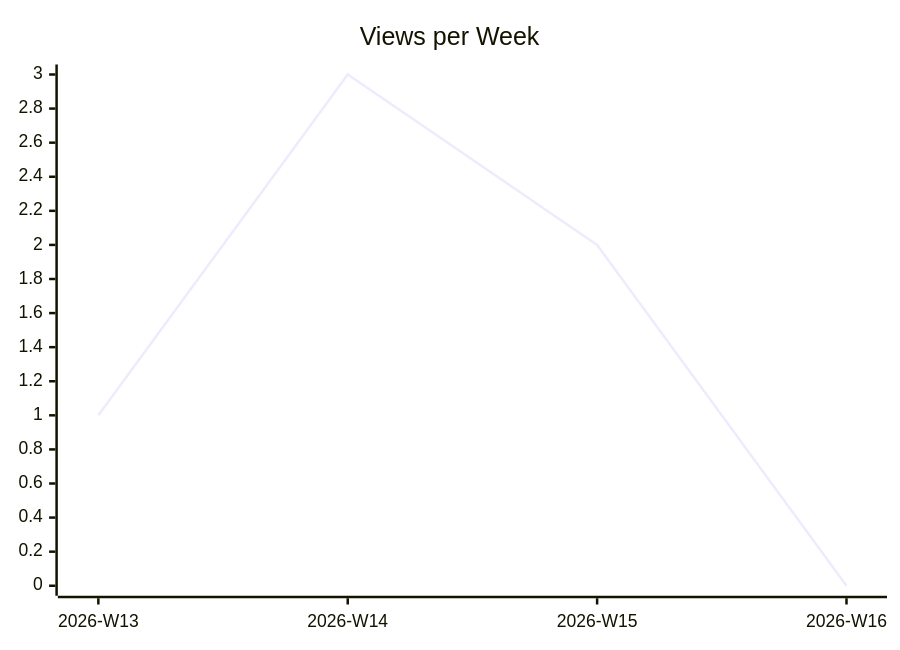
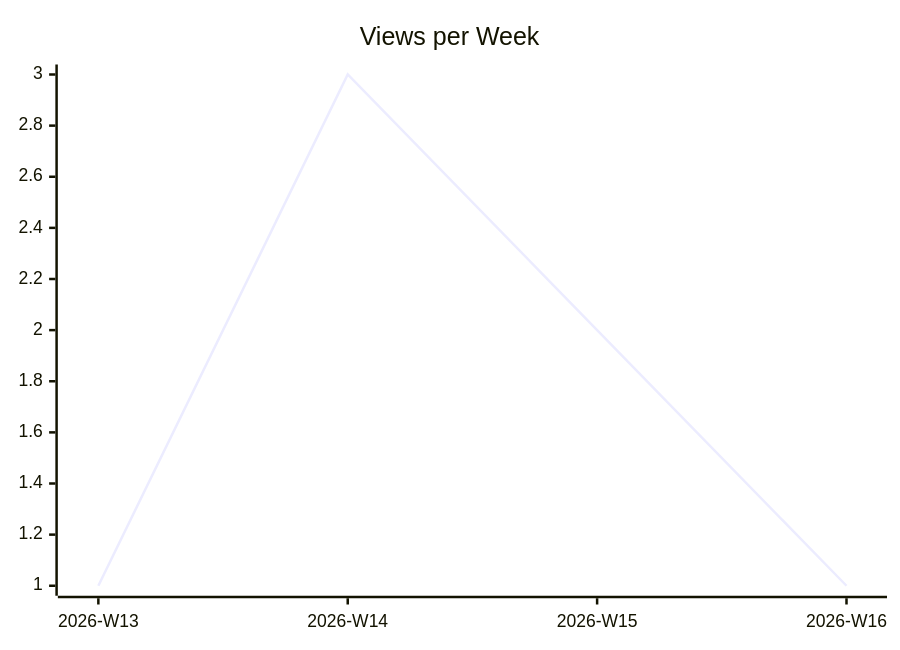
One commit to justdavis-family/github-analytics-data changed the second of 3 diagrams in karlmdavis/fhir-benchmarks/README.md. Above: the diagram before and after it, drawn with Mermaid. The commit also changed other lines of this file and 184 other files, not shown here.

````diff
--- a/karlmdavis/fhir-benchmarks/README.md
+++ b/karlmdavis/fhir-benchmarks/README.md
@@ -12,6 +12,6 @@
 ```mermaid
 xychart-beta
   title "Views per Week"
   x-axis ["2026-W13", "2026-W14", "2026-W15", "2026-W16"]
-  line [1, 3, 2, 0]
+  line [1, 3, 2, 1]
 ```
````
